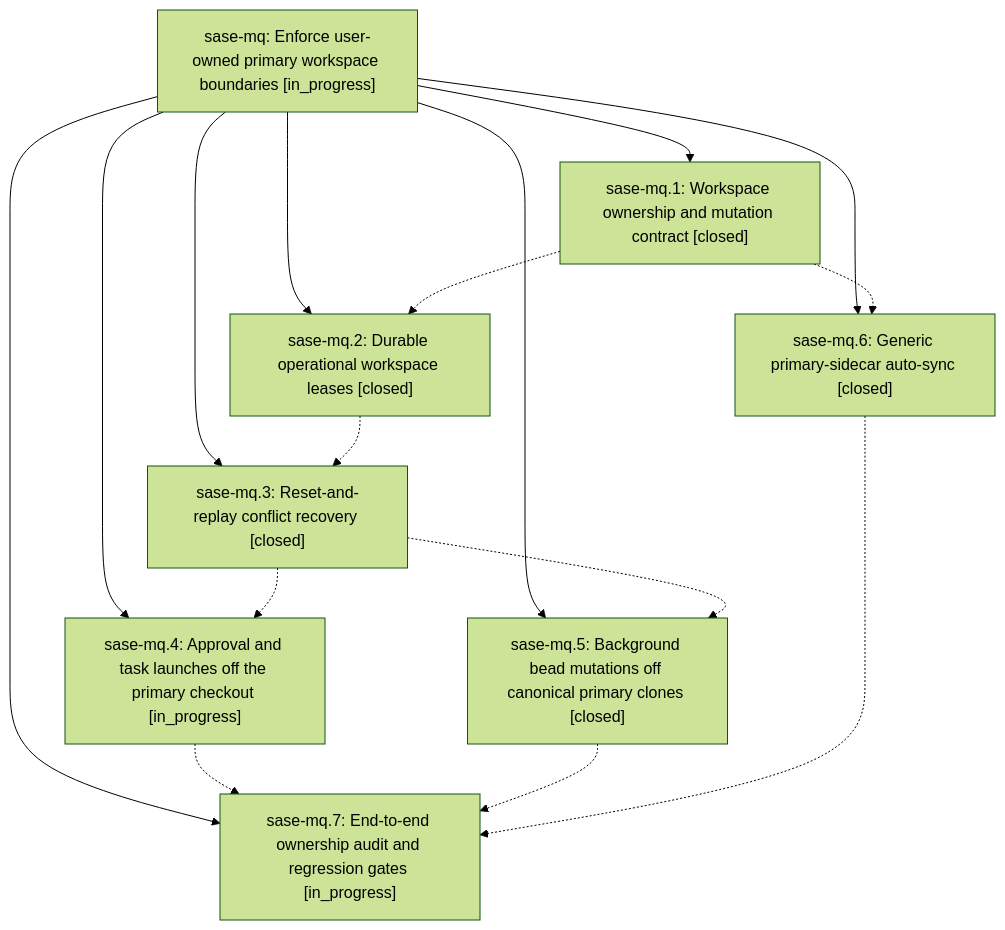
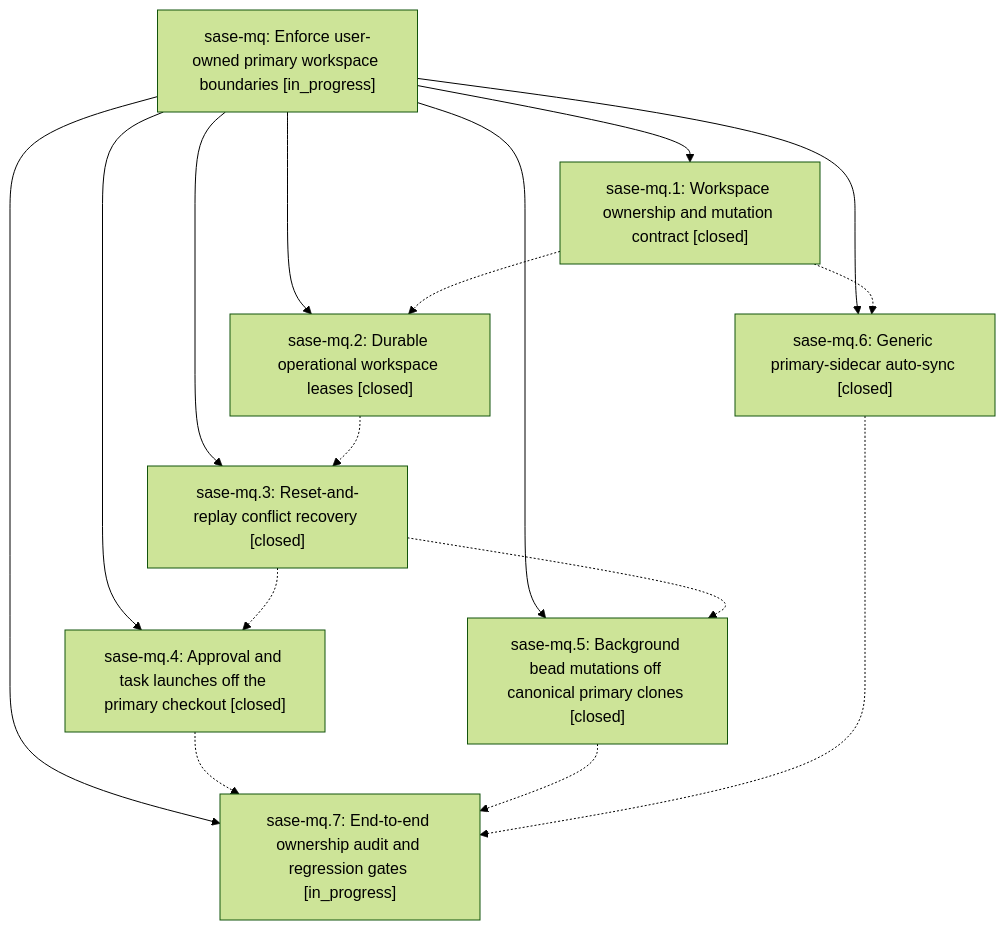
One commit to sase-org/sase--beads changed the diagram in pages/sase-mq/README.md. Above: the diagram before and after it, drawn with Mermaid (forest theme). The commit also changed other lines of this file and 3 other files, not shown here.

````diff
--- a/pages/sase-mq/README.md
+++ b/pages/sase-mq/README.md
@@ -32,26 +34,26 @@
 ```mermaid
 flowchart TD
     n0["sase-mq: Enforce user-owned primary workspace boundaries [in_progress]"]
     n1["sase-mq.1: Workspace ownership and mutation contract [closed]"]
     n2["sase-mq.2: Durable operational workspace leases [closed]"]
     n3["sase-mq.3: Reset-and-replay conflict recovery [closed]"]
-    n4["sase-mq.4: Approval and task launches off the primary checkout [in_progress]"]
+    n4["sase-mq.4: Approval and task launches off the primary checkout [closed]"]
     n5["sase-mq.5: Background bead mutations off canonical primary clones [closed]"]
     n6["sase-mq.6: Generic primary-sidecar auto-sync [closed]"]
     n7["sase-mq.7: End-to-end ownership audit and regression gates [in_progress]"]
     n0 --> n1
     n0 --> n2
     n0 --> n3
     n0 --> n4
     n0 --> n5
     n0 --> n6
     n0 --> n7
     n1 -.-> n2
     n1 -.-> n6
     n2 -.-> n3
     n3 -.-> n4
     n3 -.-> n5
     n4 -.-> n7
     n5 -.-> n7
     n6 -.-> n7
 ```
````
